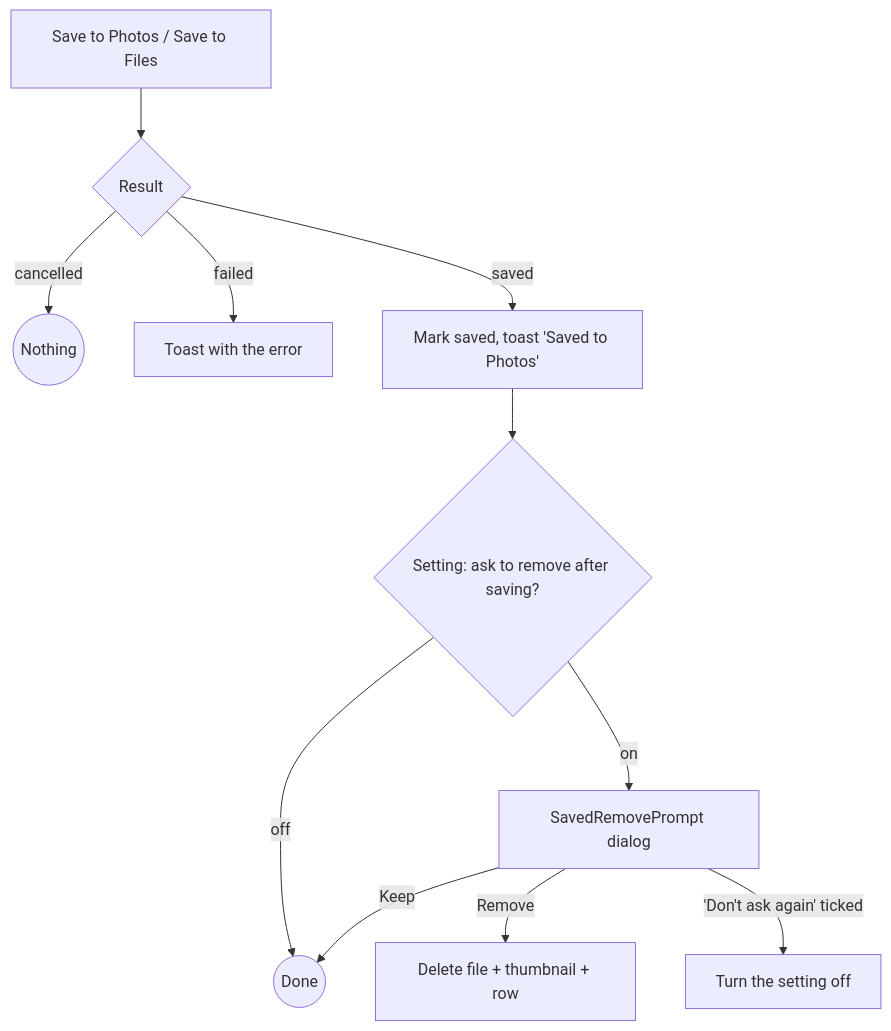
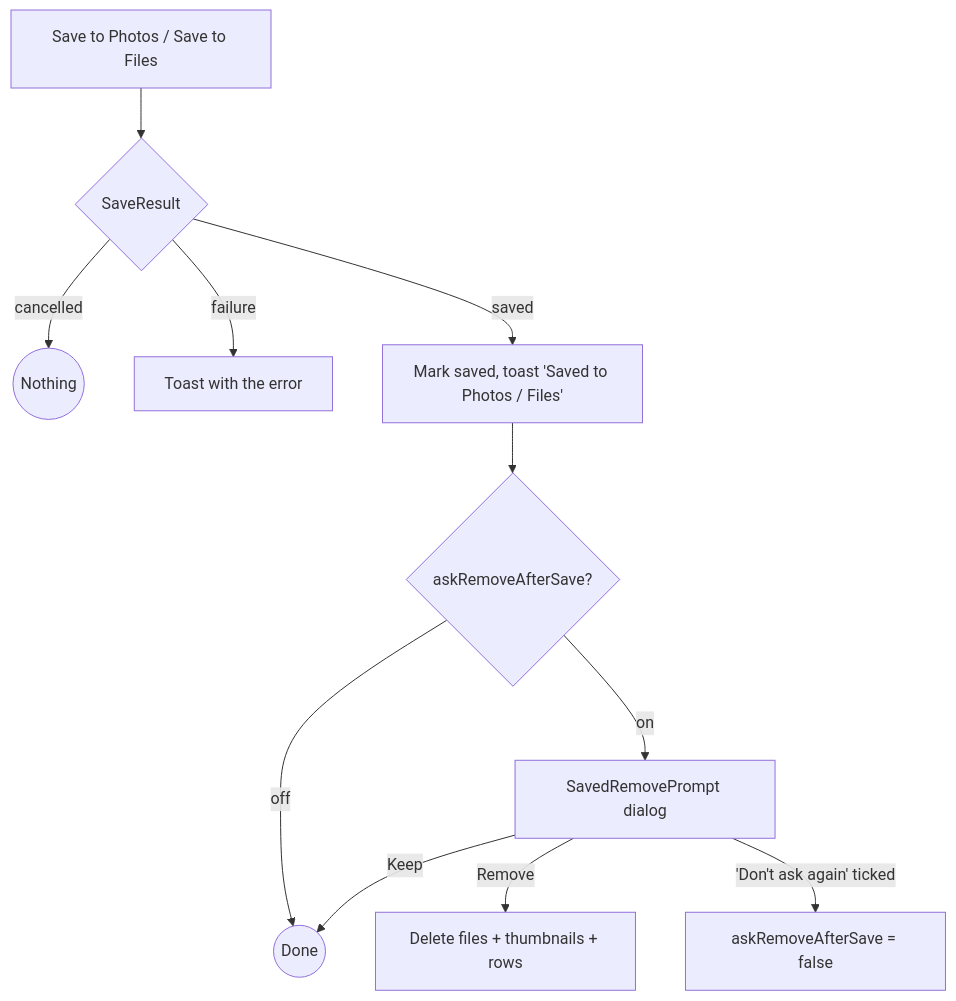
Before and after one commit to gaurishankar007/Flutter-Media-Downloader: the diagram in docs/features/library.md, drawn with Mermaid. The commit also changed other lines of this file and 53 other files, not shown here.

````diff
--- a/docs/features/library.md
+++ b/docs/features/library.md
@@ -62,13 +67,13 @@
 ```mermaid
 flowchart TD
-    A["Save to Photos / Save to Files"] --> B{"Result"}
+    A["Save to Photos / Save to Files"] --> B{"SaveResult"}
     B -- "cancelled" --> X(("Nothing"))
-    B -- "failed" --> E["Toast with the error"]
-    B -- "saved" --> C["Mark saved, toast 'Saved to Photos'"]
-    C --> D{"Setting: ask to remove after saving?"}
+    B -- "failure" --> E["Toast with the error"]
+    B -- "saved" --> C["Mark saved, toast 'Saved to Photos / Files'"]
+    C --> D{"askRemoveAfterSave?"}
     D -- "off" --> Y(("Done"))
     D -- "on" --> P["SavedRemovePrompt dialog"]
     P -- "Keep" --> Y
-    P -- "Remove" --> R["Delete file + thumbnail + row"]
-    P -- "'Don't ask again' ticked" --> S["Turn the setting off"]
+    P -- "Remove" --> R["Delete files + thumbnails + rows"]
+    P -- "'Don't ask again' ticked" --> S["askRemoveAfterSave = false"]
 ```
````
